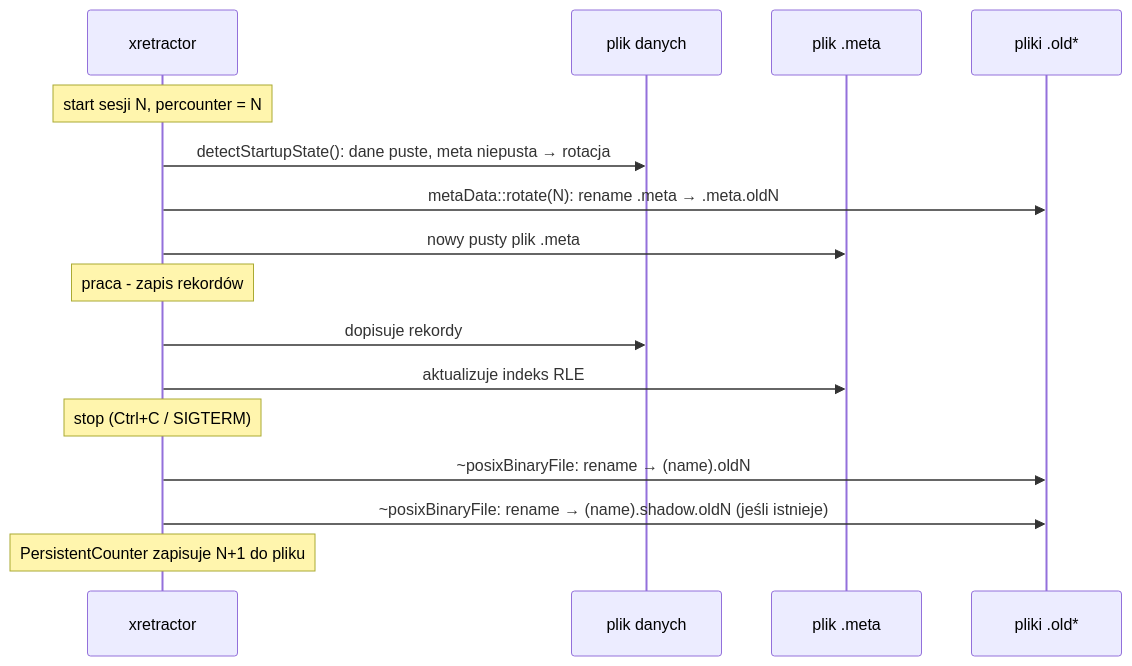
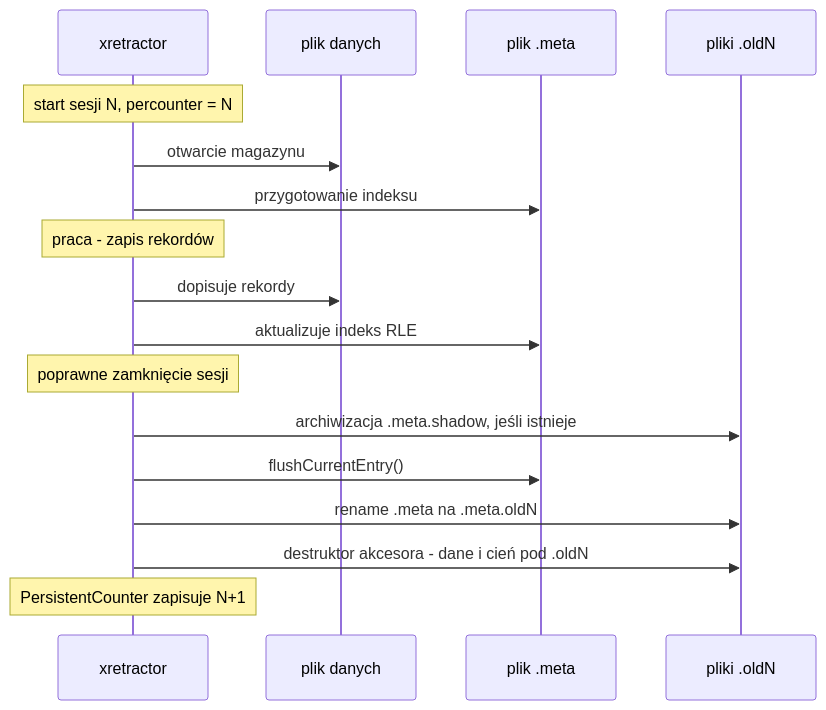
One commit to michalwidera/dokumentacja-rdb changed the diagram in architektura-systemu-przetwarzania-danych/format-zapisu-danych/rotacja.md. Above: the diagram before and after it, drawn with Mermaid. The commit also changed other lines of this file and 3 other files, not shown here.

````diff
--- a/architektura-systemu-przetwarzania-danych/format-zapisu-danych/rotacja.md
+++ b/architektura-systemu-przetwarzania-danych/format-zapisu-danych/rotacja.md
@@ -28,22 +27,21 @@
 ```mermaid
 %% pdf-width: 100%
 sequenceDiagram
     participant RQL as xretractor
     participant D as plik danych
     participant M as plik .meta
-    participant Old as pliki .old*
+    participant Old as pliki .oldN
 
     Note over RQL: start sesji N, percounter = N
-    RQL->>D: detectStartupState(): dane puste, meta niepusta → rotacja
-    RQL->>Old: metaData::rotate(N): rename .meta → .meta.oldN
-    RQL->>M: nowy pusty plik .meta
-
+    RQL->>D: otwarcie magazynu
+    RQL->>M: przygotowanie indeksu
     Note over RQL: praca - zapis rekordów
     RQL->>D: dopisuje rekordy
     RQL->>M: aktualizuje indeks RLE
-
-    Note over RQL: stop (Ctrl+C / SIGTERM)
-    RQL->>Old: ~posixBinaryFile: rename → (name).oldN
-    RQL->>Old: ~posixBinaryFile: rename → (name).shadow.oldN (jeśli istnieje)
-    Note over RQL: PersistentCounter zapisuje N+1 do pliku
+    Note over RQL: poprawne zamknięcie sesji
+    RQL->>Old: archiwizacja .meta.shadow, jeśli istnieje
+    RQL->>M: flushCurrentEntry()
+    RQL->>Old: rename .meta na .meta.oldN
+    RQL->>Old: destruktor akcesora - dane i cień pod .oldN
+    Note over RQL: PersistentCounter zapisuje N+1
 ```
````
